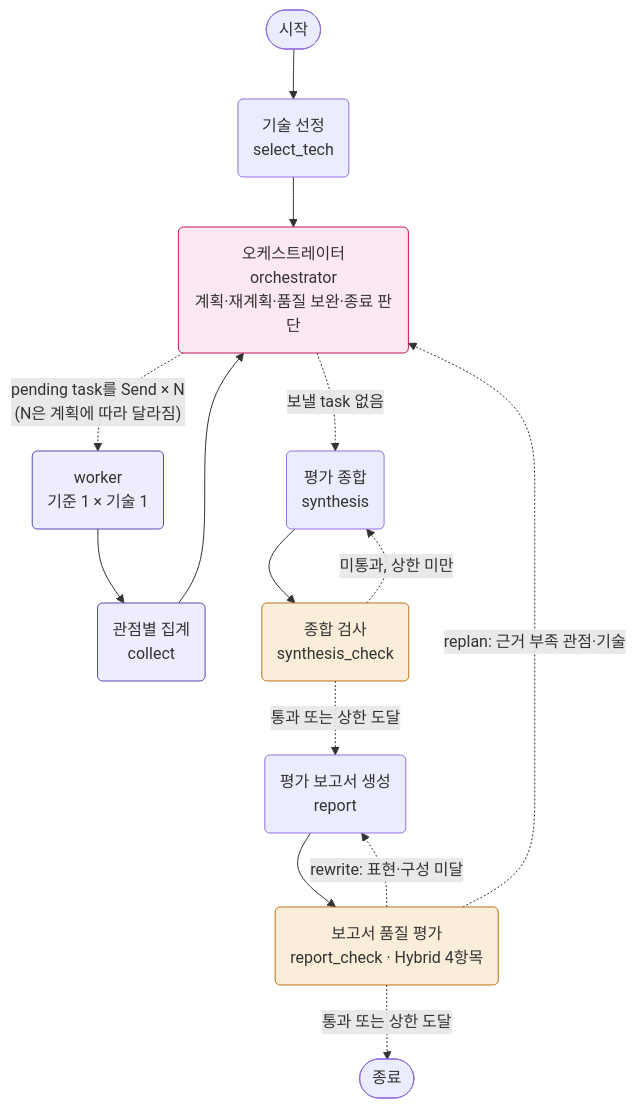
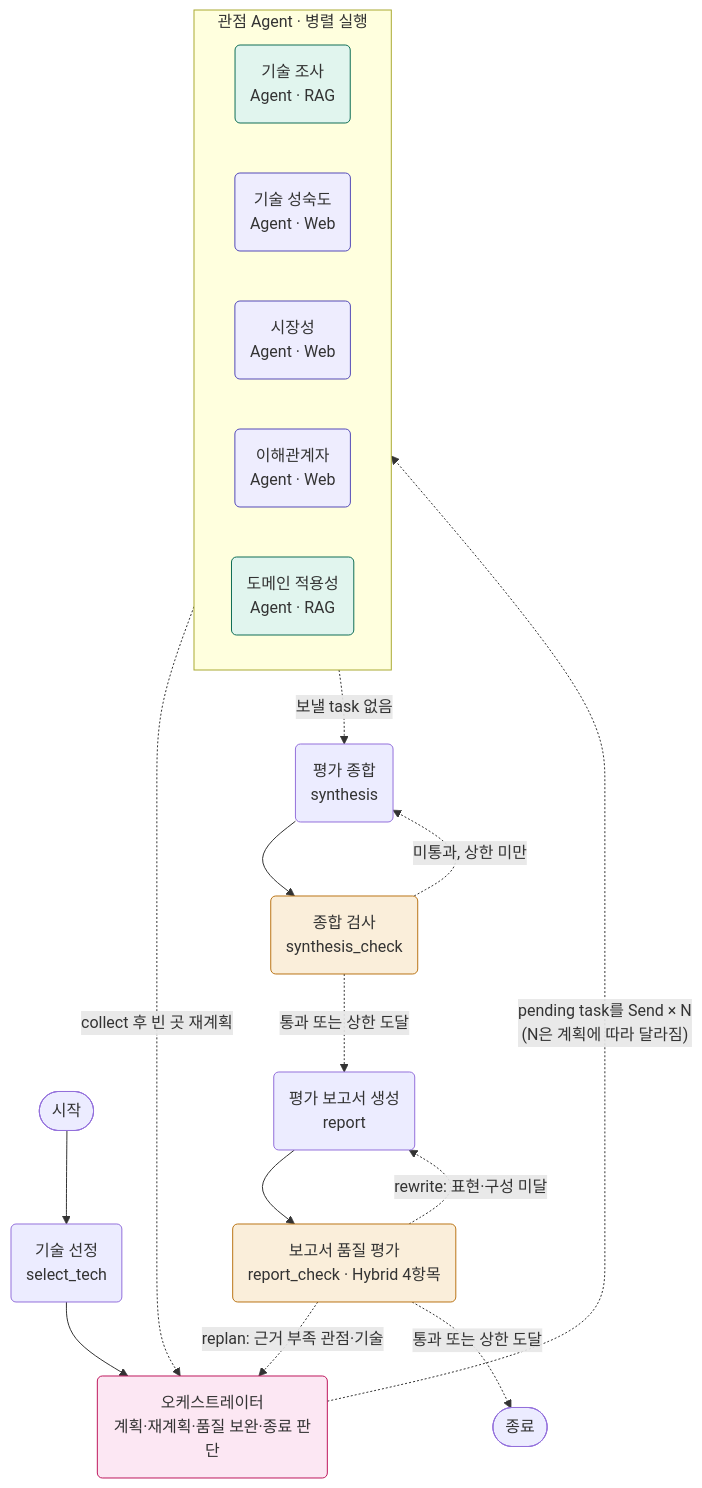
Before and after one commit to Jieun1ee/RAG-pipeline: the first of 2 diagrams in README.md, drawn with Mermaid. The commit also changed other lines of this file, not shown here.

First line of the commit message:
docs: Agents 표와 Architecture를 에이전트 단위로 다시 작성

````diff
--- a/README.md
+++ b/README.md
@@ -205,22 +196,31 @@
 ```mermaid
 flowchart TD
     S([시작]) --> A(기술 선정<br/>select_tech)
-    A --> O(오케스트레이터<br/>orchestrator<br/>계획·재계획·품질 보완·종료 판단)
-    O -.->|"pending task를 Send × N<br/>(N은 계획에 따라 달라짐)"| W(worker<br/>기준 1 × 기술 1)
-    W --> C(관점별 집계<br/>collect)
-    C --> O
-    O -.->|보낼 task 없음| F(평가 종합<br/>synthesis)
+    A --> O(오케스트레이터<br/>계획·재계획·품질 보완·종료 판단)
+    O -.->|"pending task를 Send × N<br/>(N은 계획에 따라 달라짐)"| AG
+    subgraph AG[관점 Agent · 병렬 실행]
+        direction LR
+        T1(기술 조사<br/>Agent · RAG)
+        T2(기술 성숙도<br/>Agent · Web)
+        T3(시장성<br/>Agent · Web)
+        T4(이해관계자<br/>Agent · Web)
+        T5(도메인 적용성<br/>Agent · RAG)
+    end
+    AG -.->|collect 후 빈 곳 재계획| O
+    AG -.->|보낼 task 없음| F(평가 종합<br/>synthesis)
     F --> FC(종합 검사<br/>synthesis_check)
     FC -.->|미통과, 상한 미만| F
     FC -.->|통과 또는 상한 도달| G(평가 보고서 생성<br/>report)
     G --> GC(보고서 품질 평가<br/>report_check · Hybrid 4항목)
     GC -.->|rewrite: 표현·구성 미달| G
     GC -.->|replan: 근거 부족 관점·기술| O
     GC -.->|통과 또는 상한 도달| Z([종료])
     classDef orch fill:#FCE7F3,stroke:#BE185D
-    classDef worker fill:#EEEDFE,stroke:#534AB7
+    classDef rag fill:#E1F5EE,stroke:#0F6E56
+    classDef web fill:#EEEDFE,stroke:#534AB7
     classDef check fill:#FAEEDA,stroke:#BA7517
     class O orch
-    class W,C worker
+    class T1,T5 rag
+    class T2,T3,T4 web
     class FC,GC check
 ```
````
